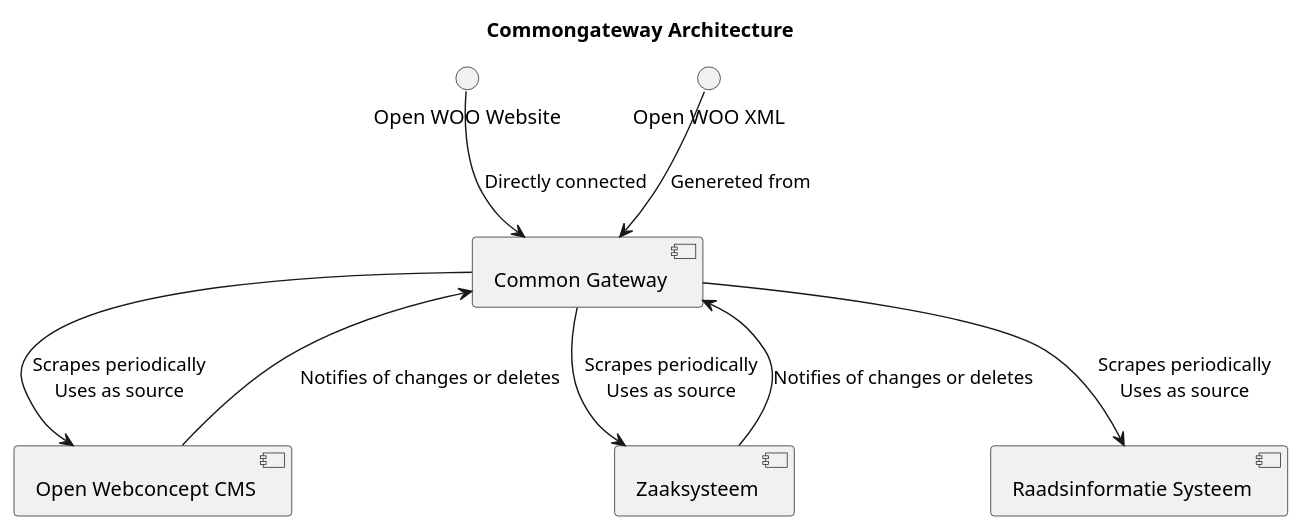
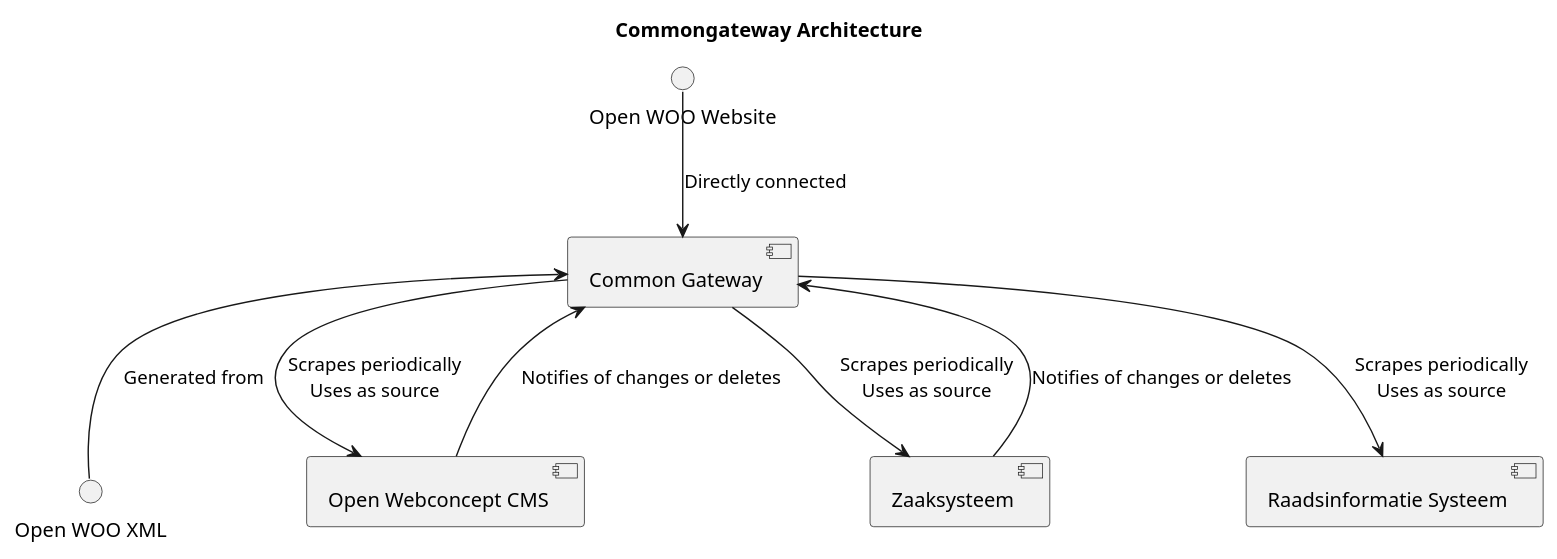
Before and after one commit to ConductionNL/woo-website-template: the diagram in docs/commongateway.puml, drawn with PlantUML. The commit also changed 1 other file, not shown here.

Commit message:
Architectuur plaatjes toegevoegd

```diff
--- a/docs/commongateway.puml
+++ b/docs/commongateway.puml
@@ -1,25 +1,25 @@
 @startuml
 title Commongateway Architecture
 
 ' User Interface Component
 interface "Open WOO Website" as Website
 interface "Open WOO XML" as Harvester
 
 ' Backend Components
 component "Open Webconcept CMS" as CMS
 component "Common Gateway" as Gateway
 component "Zaaksysteem" as Zaaksysteem
 component "Raadsinformatie Systeem" as Raadsinfo
 
 ' Relationships
 Website -down-> Gateway : Directly connected
-Harvester -down-> Gateway : Genereted from
+Harvester -up-> Gateway : Generated from
 Gateway -down-> CMS : Scrapes periodically\nUses as source
 Gateway -down-> Zaaksysteem : Scrapes periodically\nUses as source
 Gateway -down-> Raadsinfo : Scrapes periodically\nUses as source
 
 ' Notifications
 CMS -up-> Gateway : Notifies of changes or deletes
 Zaaksysteem -up-> Gateway : Notifies of changes or deletes
 
 @enduml
```
